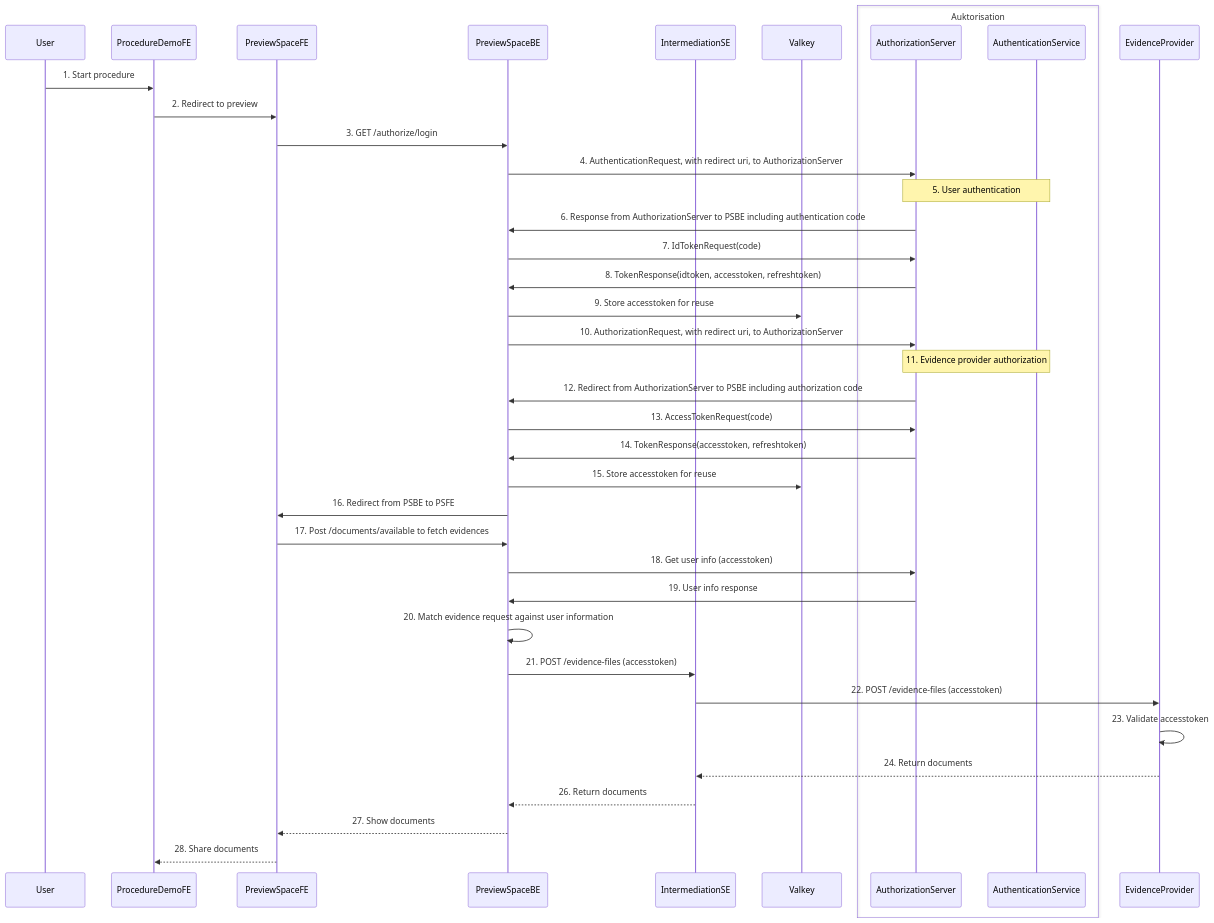
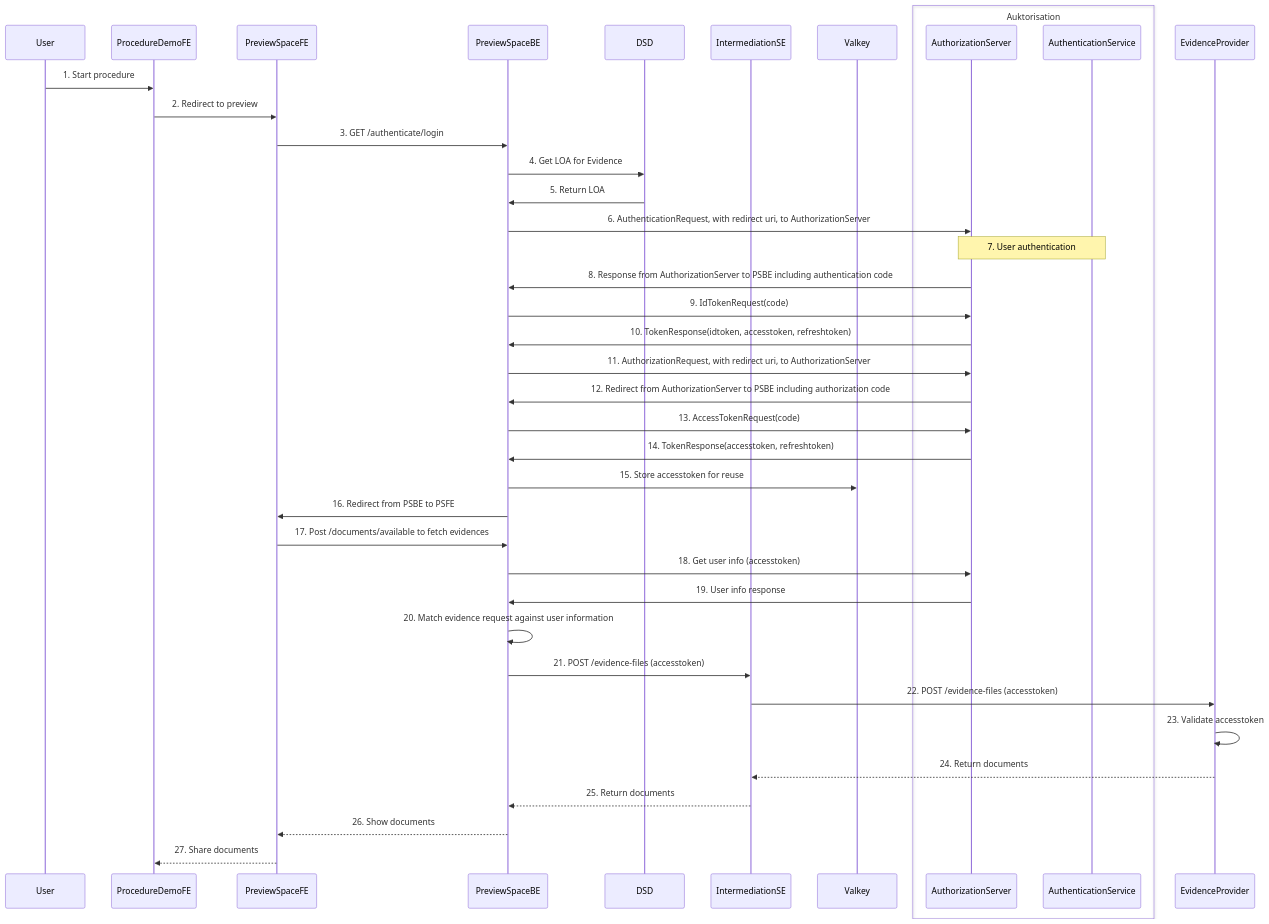
One commit to diggsweden/sdg-intermediation-se changed the second of 2 diagrams in README.md. Above: the diagram before and after it, drawn with Mermaid. The commit also changed other lines of this file, not shown here.

Commit message:
Revise authentication flow and add DSD interaction
Updated flow description and sequence of interactions to include Level of Assurance retrieval from the Data Service Directory.

````diff
--- a/README.md
+++ b/README.md
@@ -29,43 +29,43 @@
 ```mermaid
 sequenceDiagram
     participant USR as User
     participant PDFE as ProcedureDemoFE
     participant PSFE as PreviewSpaceFE
     participant PSBE as PreviewSpaceBE
+    participant DSD as DSD
     participant IMSE as IntermediationSE
     participant VAL as Valkey
     box Auktorisation
     participant AS as AuthorizationServer
     participant ATS as AuthenticationService
     end
     participant EP as EvidenceProvider
 
     USR ->> PDFE: 1. Start procedure
     PDFE ->> PSFE: 2. Redirect to preview
-    PSFE ->> PSBE: 3. GET /authorize/login
-
-    PSBE ->> AS: 4. AuthenticationRequest, with redirect uri, to AuthorizationServer
-    Note over AS,ATS: 5. User authentication
-    AS ->> PSBE: 6. Response from AuthorizationServer to PSBE including authentication code
-    PSBE ->> AS: 7. IdTokenRequest(code)
-    AS ->> PSBE: 8. TokenResponse(idtoken, accesstoken, refreshtoken)
-    PSBE ->> VAL: 9. Store accesstoken for reuse
-    PSBE ->> AS: 10. AuthorizationRequest, with redirect uri, to AuthorizationServer
-    Note over AS,ATS: 11. Evidence provider authorization
+    PSFE ->> PSBE: 3. GET /authenticate/login
+    PSBE ->> DSD: 4. Get LOA for Evidence
+    DSD ->> PSBE: 5. Return LOA
+    PSBE ->> AS: 6. AuthenticationRequest, with redirect uri, to AuthorizationServer
+    Note over AS,ATS: 7. User authentication
+    AS ->> PSBE: 8. Response from AuthorizationServer to PSBE including authentication code
+    PSBE ->> AS: 9. IdTokenRequest(code)
+    AS ->> PSBE: 10. TokenResponse(idtoken, accesstoken, refreshtoken)
+    PSBE ->> AS: 11. AuthorizationRequest, with redirect uri, to AuthorizationServer
     AS ->> PSBE: 12. Redirect from AuthorizationServer to PSBE including authorization code
     PSBE ->> AS: 13. AccessTokenRequest(code)
     AS ->> PSBE: 14. TokenResponse(accesstoken, refreshtoken)
     PSBE ->> VAL: 15. Store accesstoken for reuse
     PSBE ->> PSFE: 16. Redirect from PSBE to PSFE
     PSFE ->> PSBE: 17. Post /documents/available to fetch evidences
     PSBE ->> AS: 18. Get user info (accesstoken)
     AS ->> PSBE: 19. User info response
     PSBE ->> PSBE: 20. Match evidence request against user information
     PSBE ->> IMSE: 21. POST /evidence-files (accesstoken)
     IMSE ->> EP: 22. POST /evidence-files (accesstoken)
     EP ->> EP: 23. Validate accesstoken
     EP -->> IMSE: 24. Return documents
-    IMSE -->> PSBE: 26. Return documents
-    PSBE -->> PSFE: 27. Show documents
-    PSFE -->> PDFE: 28. Share documents
+    IMSE -->> PSBE: 25. Return documents
+    PSBE -->> PSFE: 26. Show documents
+    PSFE -->> PDFE: 27. Share documents
 ```
````
